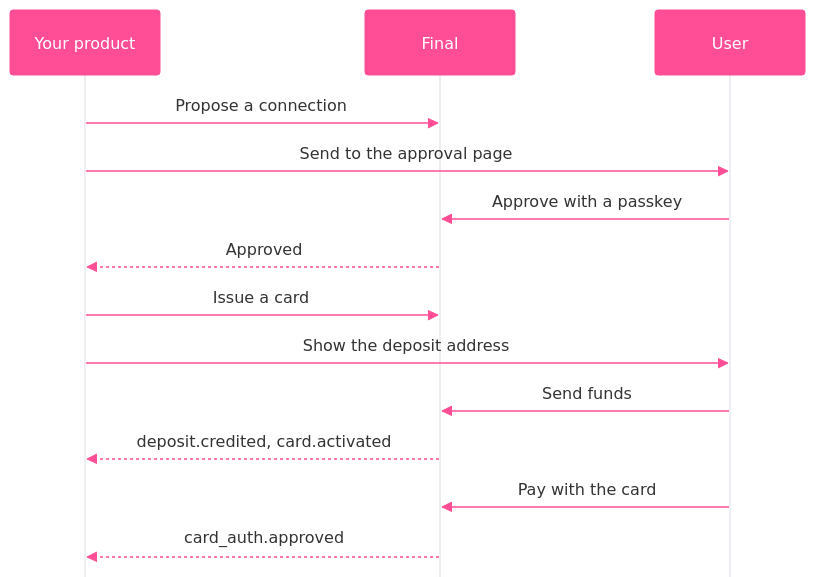
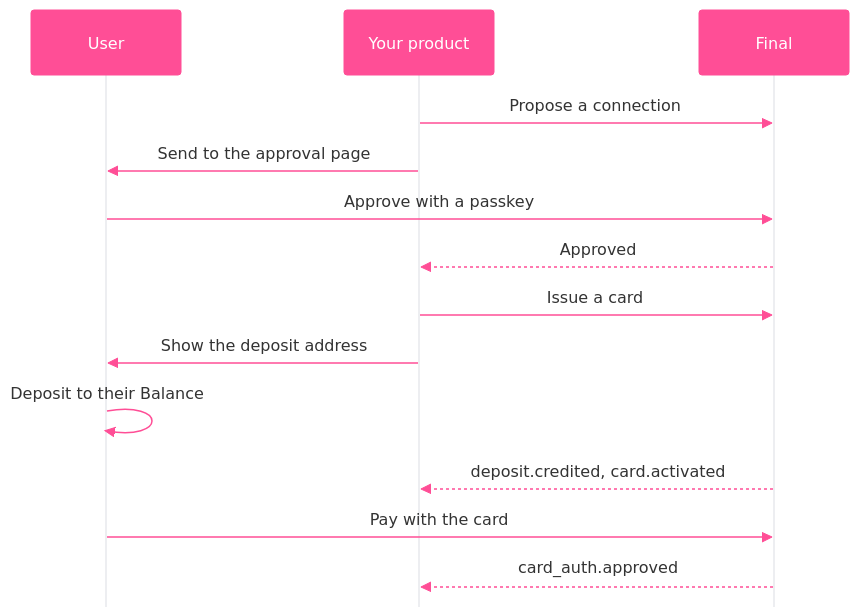
Before and after one commit to final-net/docs: the diagram in get-started/introduction.mdx, drawn with Mermaid. The commit also changed 40 other files, not shown here.

Commit message:
docs(all): follow ASD-STE100 on every page, put the user first in the diagram

````diff
--- a/get-started/introduction.mdx
+++ b/get-started/introduction.mdx
@@ -11,17 +11,17 @@
 ```mermaid
 %%{init: {"sequence": {"mirrorActors": false, "actorMargin": 80}, "themeVariables": {"actorBkg": "#ff4e96", "actorBorder": "#ff4e96", "actorTextColor": "#ffffff", "actorLineColor": "#9ca3af2e", "signalColor": "#ff4e96", "lineColor": "#ff4e96"}}}%%
 sequenceDiagram
+  participant U as User
   participant P as Your product
   participant F as Final
-  participant U as User
   P->>F: Propose a connection
   P->>U: Send to the approval page
   U->>F: Approve with a passkey
   F-->>P: Approved
   P->>F: Issue a card
   P->>U: Show the deposit address
-  U->>F: Send funds
+  U->>U: Deposit to their Balance
   F-->>P: deposit.credited, card.activated
   U->>F: Pay with the card
   F-->>P: card_auth.approved
 ```
````
